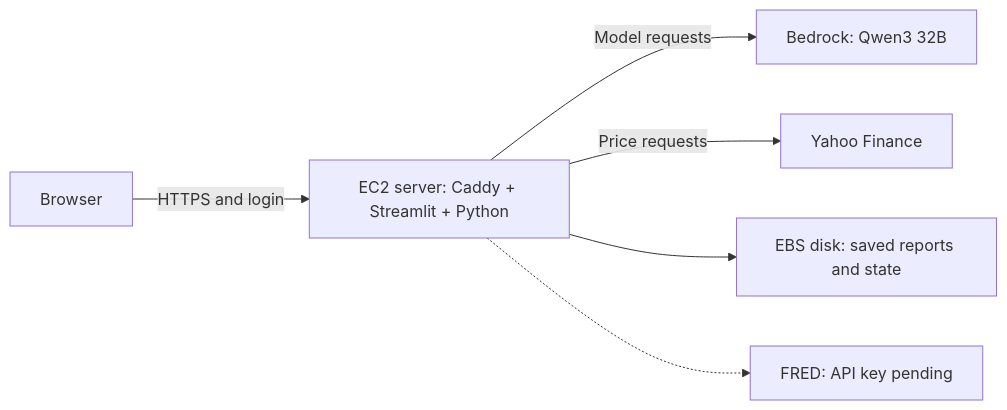
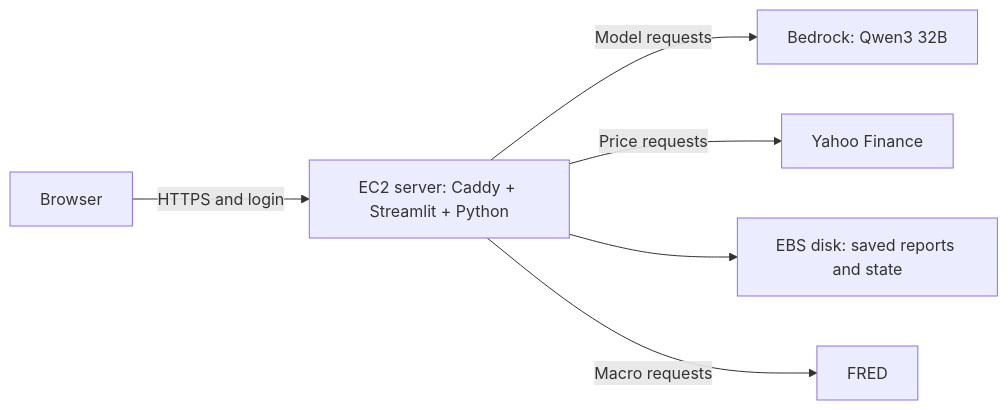
The diagram in deployment/README.md (asugar13/agentic-financial-research), drawn with Mermaid before and after one commit. The commit also changed other lines of this file, not shown here.

Commit message:
Document FRED setup and verified hosted macro research

````diff
--- a/deployment/README.md
+++ b/deployment/README.md
@@ -7,8 +7,8 @@
 ```mermaid
 flowchart LR
     Browser -->|HTTPS and login| Server["EC2 server: Caddy + Streamlit + Python"]
     Server -->|Model requests| Bedrock["Bedrock: Qwen3 32B"]
     Server -->|Price requests| Yahoo["Yahoo Finance"]
     Server --> Disk["EBS disk: saved reports and state"]
-    Server -.-> FRED["FRED: API key pending"]
+    Server -->|Macro requests| FRED["FRED"]
 ```
````
